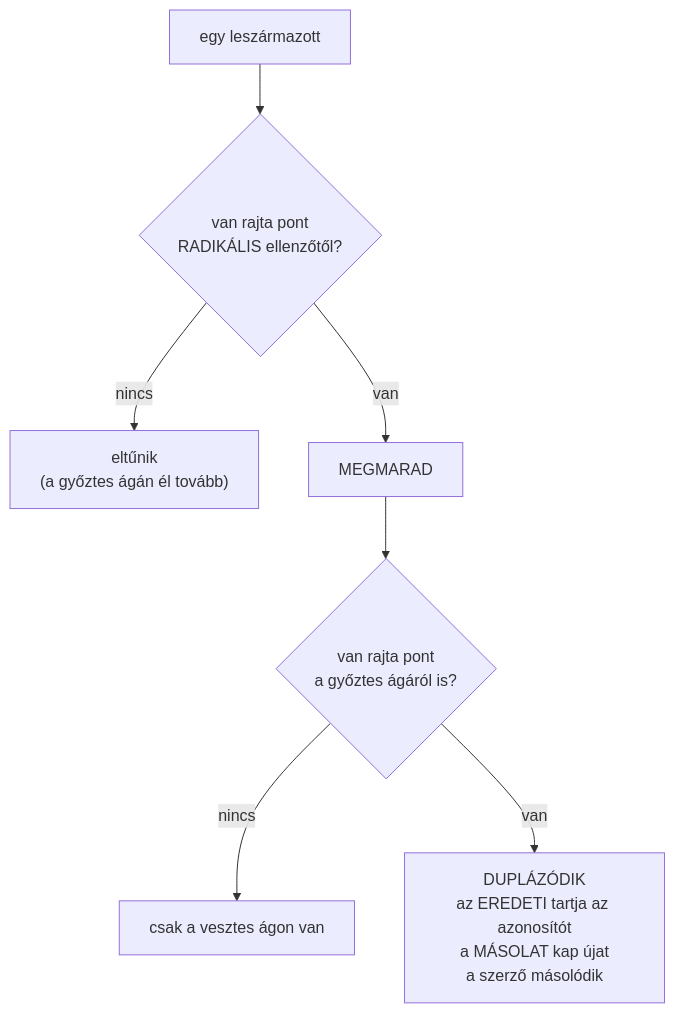
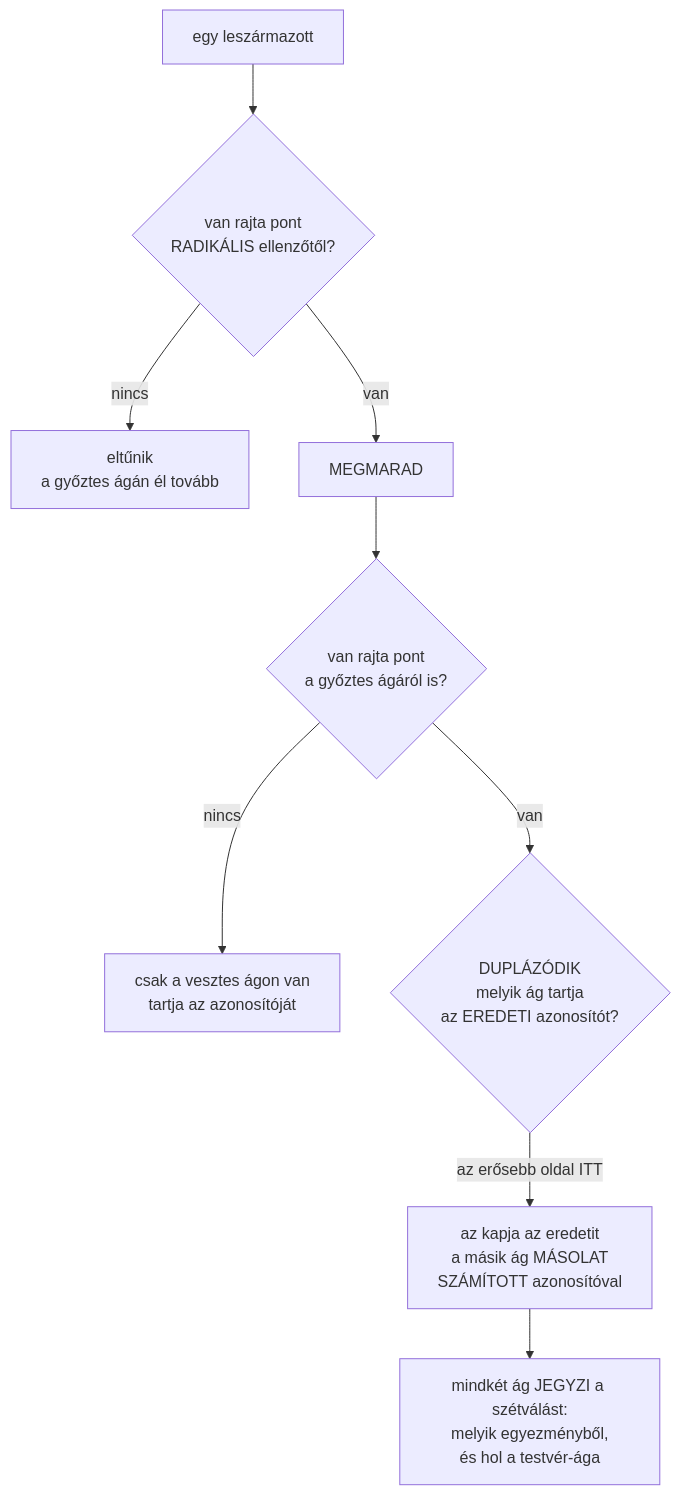
Before and after one commit to Biszt/koino_1.1: the seventh of 9 diagrams in docs/gepezet.md, drawn with Mermaid. The commit also changed other lines of this file and 1 other file, not shown here.

````diff
--- a/docs/gepezet.md
+++ b/docs/gepezet.md
@@ -195,9 +195,11 @@
 ```mermaid
 flowchart TD
     L["egy leszármazott"] --> Q{"van rajta pont<br/>RADIKÁLIS ellenzőtől?"}
-    Q -->|"nincs"| EL["eltűnik<br/>(a győztes ágán él tovább)"]
+    Q -->|"nincs"| EL["eltűnik<br/>a győztes ágán él tovább"]
     Q -->|"van"| MA["MEGMARAD"]
     MA --> R{"van rajta pont<br/>a győztes ágáról is?"}
-    R -->|"nincs"| CSAK["csak a vesztes ágon van"]
-    R -->|"van"| DUP["DUPLÁZÓDIK<br/>az EREDETI tartja az azonosítót<br/>a MÁSOLAT kap újat<br/>a szerző másolódik"]
+    R -->|"nincs"| CSAK["csak a vesztes ágon van<br/>tartja az azonosítóját"]
+    R -->|"van"| DUP{"DUPLÁZÓDIK<br/>melyik ág tartja<br/>az EREDETI azonosítót?"}
+    DUP -->|"az erősebb oldal ITT"| ID["az kapja az eredetit<br/>a másik ág MÁSOLAT<br/>SZÁMÍTOTT azonosítóval"]
+    ID --> SZE["mindkét ág JEGYZI a szétválást:<br/>melyik egyezményből,<br/>és hol a testvér-ága"]
 ```
````
